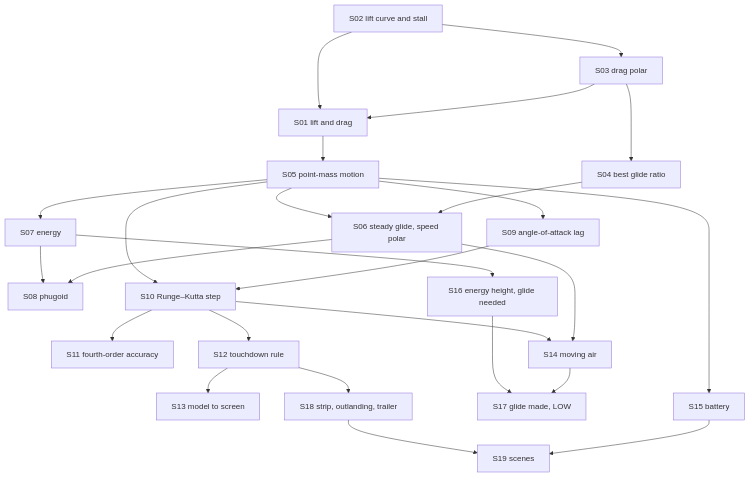
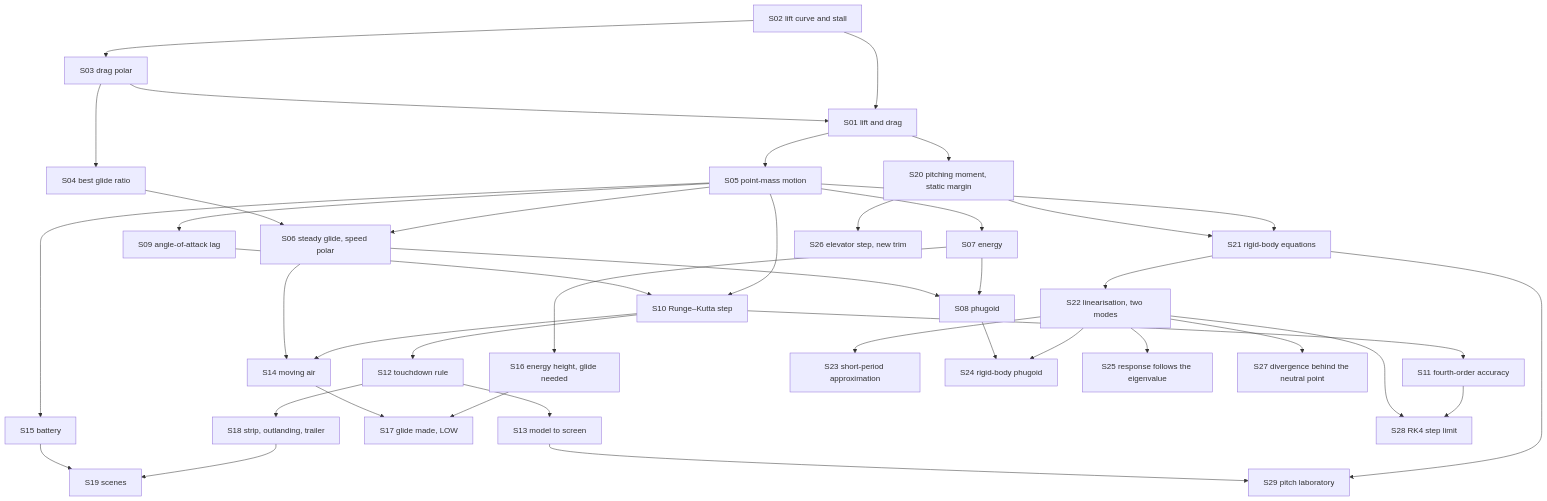
One commit to TM-59/lift-pilot changed the diagram in docs/theory/README.md. Above: the diagram before and after it, drawn with Mermaid. The commit also changed other lines of this file and 46 other files, not shown here.

First line of the commit message:
M2: rigid-body pitch dynamics beside the lag model (short period, elevator) (#18)

````diff
--- a/docs/theory/README.md
+++ b/docs/theory/README.md
@@ -18,28 +19,42 @@
 ```mermaid
 flowchart TD
     S02["S02 lift curve and stall"] --> S01["S01 lift and drag"]
     S03["S03 drag polar"] --> S01
     S02 --> S03
     S03 --> S04["S04 best glide ratio"]
     S01 --> S05["S05 point-mass motion"]
     S05 --> S06["S06 steady glide, speed polar"]
     S04 --> S06
     S05 --> S07["S07 energy"]
     S07 --> S08["S08 phugoid"]
     S06 --> S08
     S05 --> S09["S09 angle-of-attack lag"]
     S05 --> S10["S10 Runge–Kutta step"]
     S09 --> S10
     S10 --> S11["S11 fourth-order accuracy"]
     S10 --> S12["S12 touchdown rule"]
     S12 --> S13["S13 model to screen"]
     S10 --> S14["S14 moving air"]
     S06 --> S14
     S05 --> S15["S15 battery"]
     S07 --> S16["S16 energy height, glide needed"]
     S16 --> S17["S17 glide made, LOW"]
     S14 --> S17
     S12 --> S18["S18 strip, outlanding, trailer"]
     S18 --> S19["S19 scenes"]
     S15 --> S19
+    S01 --> S20["S20 pitching moment, static margin"]
+    S05 --> S21["S21 rigid-body equations"]
+    S20 --> S21
+    S21 --> S22["S22 linearisation, two modes"]
+    S22 --> S23["S23 short-period approximation"]
+    S22 --> S24["S24 rigid-body phugoid"]
+    S08 --> S24
+    S22 --> S25["S25 response follows the eigenvalue"]
+    S20 --> S26["S26 elevator step, new trim"]
+    S22 --> S27["S27 divergence behind the neutral point"]
+    S11 --> S28["S28 RK4 step limit"]
+    S22 --> S28
+    S21 --> S29["S29 pitch laboratory"]
+    S13 --> S29
 ```
````
